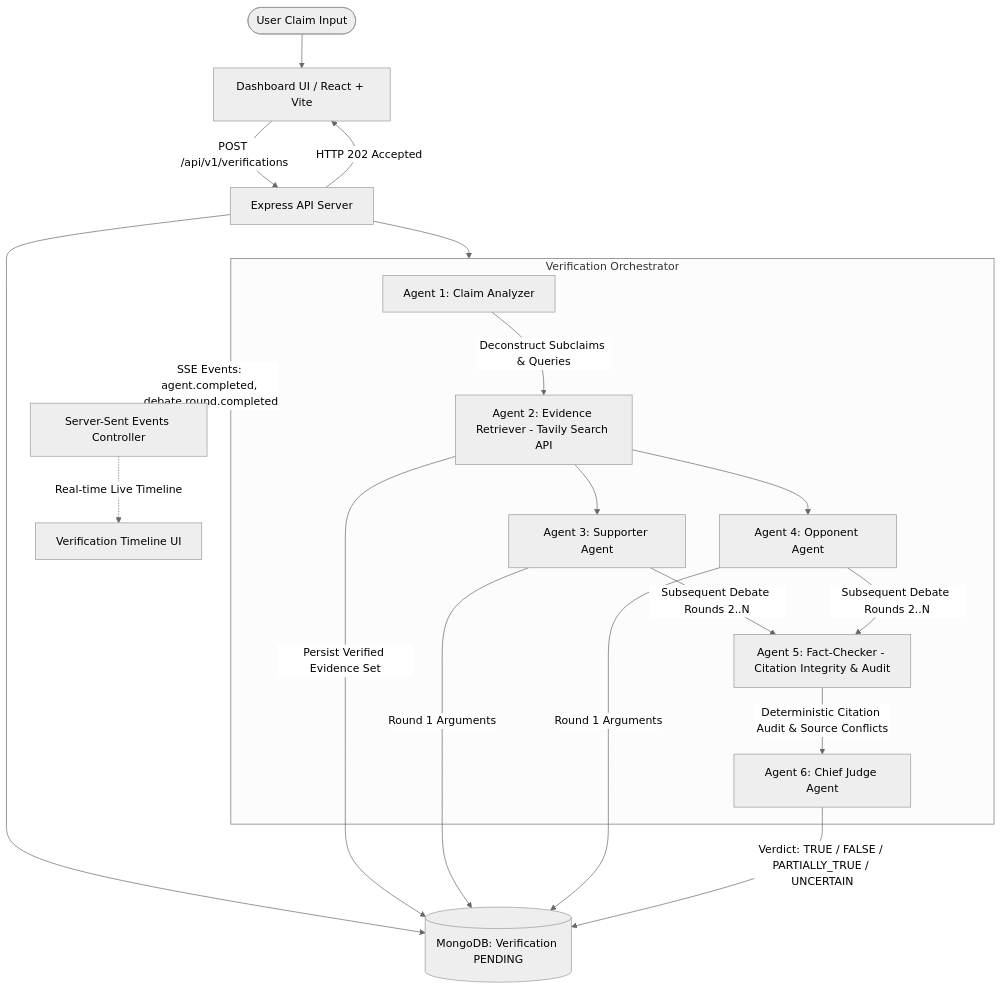
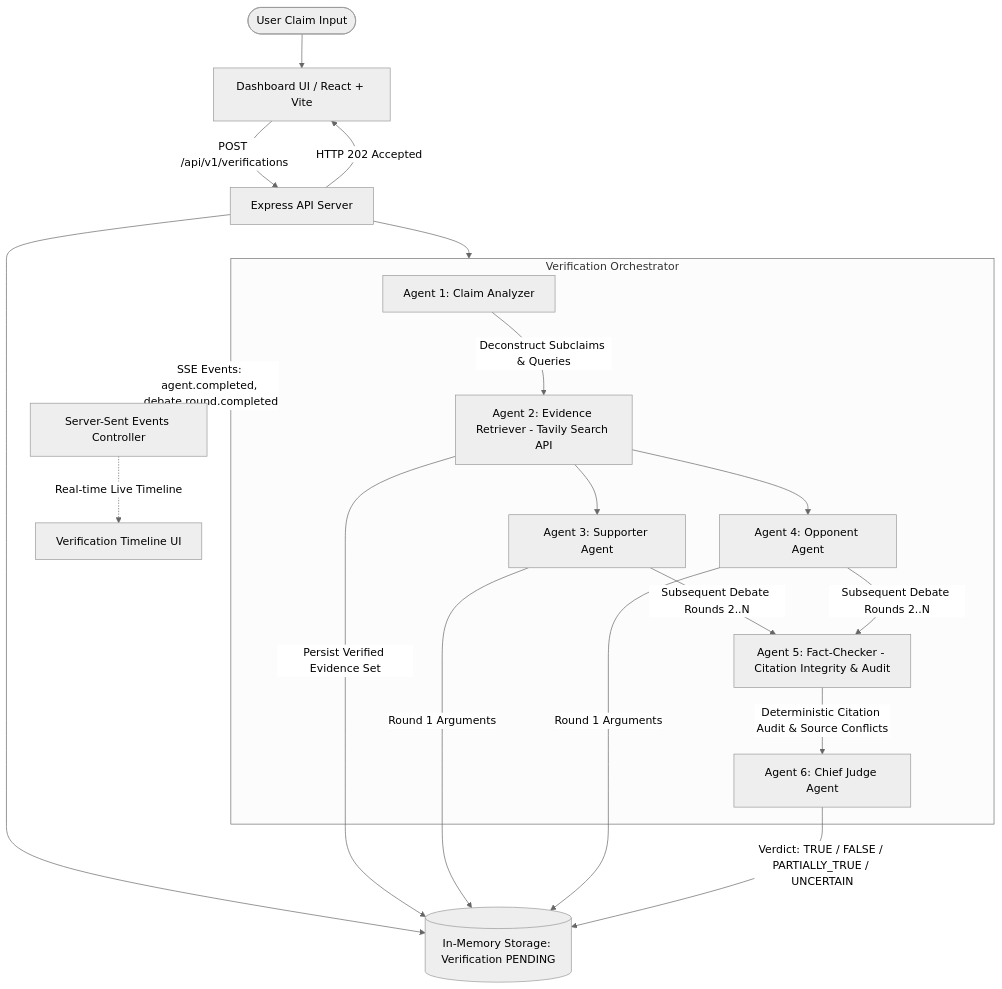
The diagram in README.md (ashrithBalaji456/FaactCheck_Freelance_Junior_prototype), drawn with Mermaid (neutral theme) before and after one commit. The commit also changed other lines of this file, not shown here.

Commit message:
docs: update README with in-memory storage instructions and gemini-2.5-flash

````diff
--- a/README.md
+++ b/README.md
@@ -14,28 +14,28 @@
 ```mermaid
 flowchart TD
     User([User Claim Input]) --> Dashboard[Dashboard UI / React + Vite]
     Dashboard -->|POST /api/v1/verifications| API[Express API Server]
     API -->|HTTP 202 Accepted| Dashboard
-    API --> DB[(MongoDB: Verification PENDING)]
+    API --> DB[(In-Memory Storage: Verification PENDING)]
     
     subgraph Orchestrator [Verification Orchestrator]
         ClaimAnalyzer[Agent 1: Claim Analyzer]
         EvidenceRetriever[Agent 2: Evidence Retriever - Tavily Search API]
         SupporterAgent[Agent 3: Supporter Agent]
         OpponentAgent[Agent 4: Opponent Agent]
         FactChecker[Agent 5: Fact-Checker - Citation Integrity & Audit]
         JudgeAgent[Agent 6: Chief Judge Agent]
     end
 
     API --> Orchestrator
     ClaimAnalyzer -->|Deconstruct Subclaims & Queries| EvidenceRetriever
     EvidenceRetriever -->|Persist Verified Evidence Set| DB
     EvidenceRetriever --> SupporterAgent & OpponentAgent
     SupporterAgent & OpponentAgent -->|Round 1 Arguments| DB
     SupporterAgent & OpponentAgent -->|Subsequent Debate Rounds 2..N| FactChecker
     FactChecker -->|Deterministic Citation Audit & Source Conflicts| JudgeAgent
     JudgeAgent -->|Verdict: TRUE / FALSE / PARTIALLY_TRUE / UNCERTAIN| DB
     
     Orchestrator -.->|SSE Events: agent.completed, debate.round.completed| SseStream[Server-Sent Events Controller]
     SseStream -.->|Real-time Live Timeline| VerificationView[Verification Timeline UI]
 ```
````
